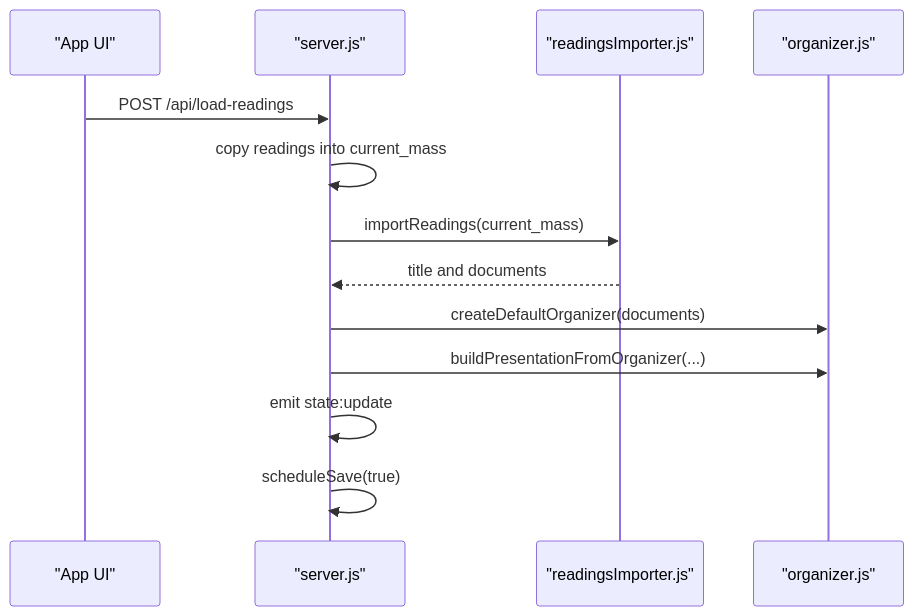
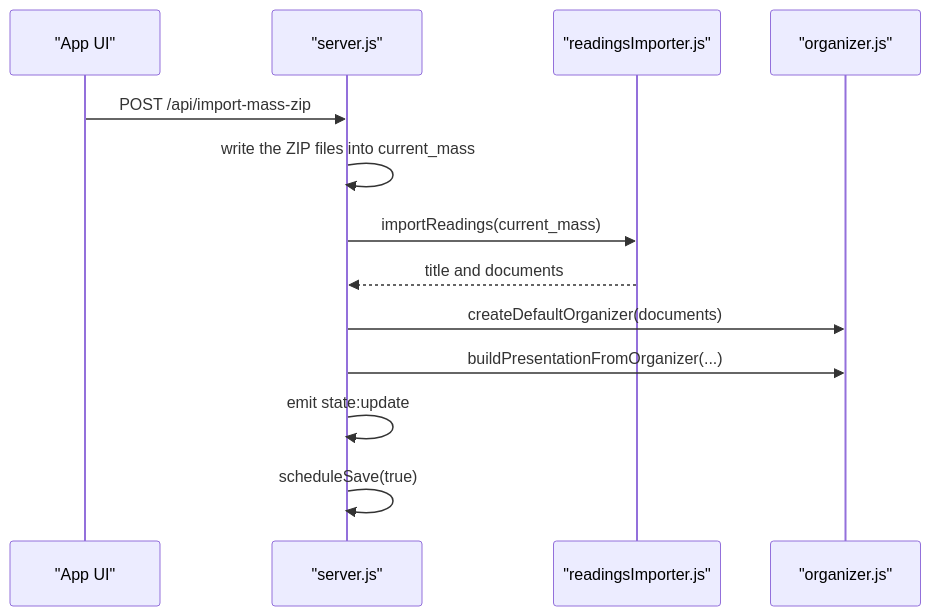
Before and after one commit to Saint-Therese-Of-Lisieux-Parish/sacra_lux: the first of 15 diagrams in docs/workflows.md, drawn with Mermaid. The commit also changed 7 other files, not shown here.

First line of the commit message:
fix(security)!: remove the unused /api/load-readings route

````diff
--- a/docs/workflows.md
+++ b/docs/workflows.md
@@ -5,16 +5,16 @@
 ```mermaid
 sequenceDiagram
     participant App as "App UI"
     participant Server as "server.js"
     participant Importer as "readingsImporter.js"
     participant Organizer as "organizer.js"
 
-    App->>Server: POST /api/load-readings
-    Server->>Server: copy readings into current_mass
+    App->>Server: POST /api/import-mass-zip
+    Server->>Server: write the ZIP files into current_mass
     Server->>Importer: importReadings(current_mass)
     Importer-->>Server: title and documents
     Server->>Organizer: createDefaultOrganizer(documents)
     Server->>Organizer: buildPresentationFromOrganizer(...)
     Server->>Server: emit state:update
     Server->>Server: scheduleSave(true)
 ```
````
